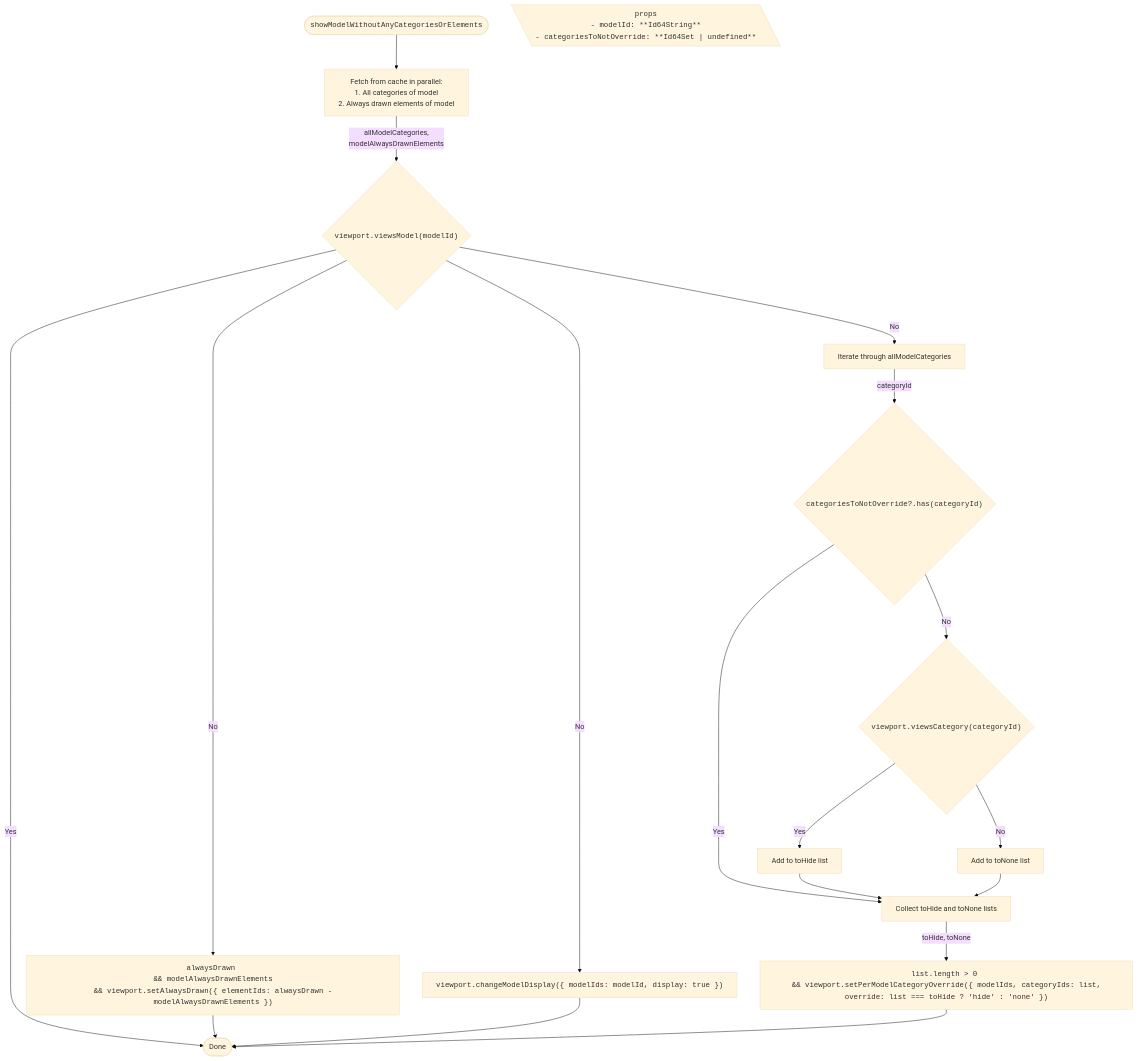
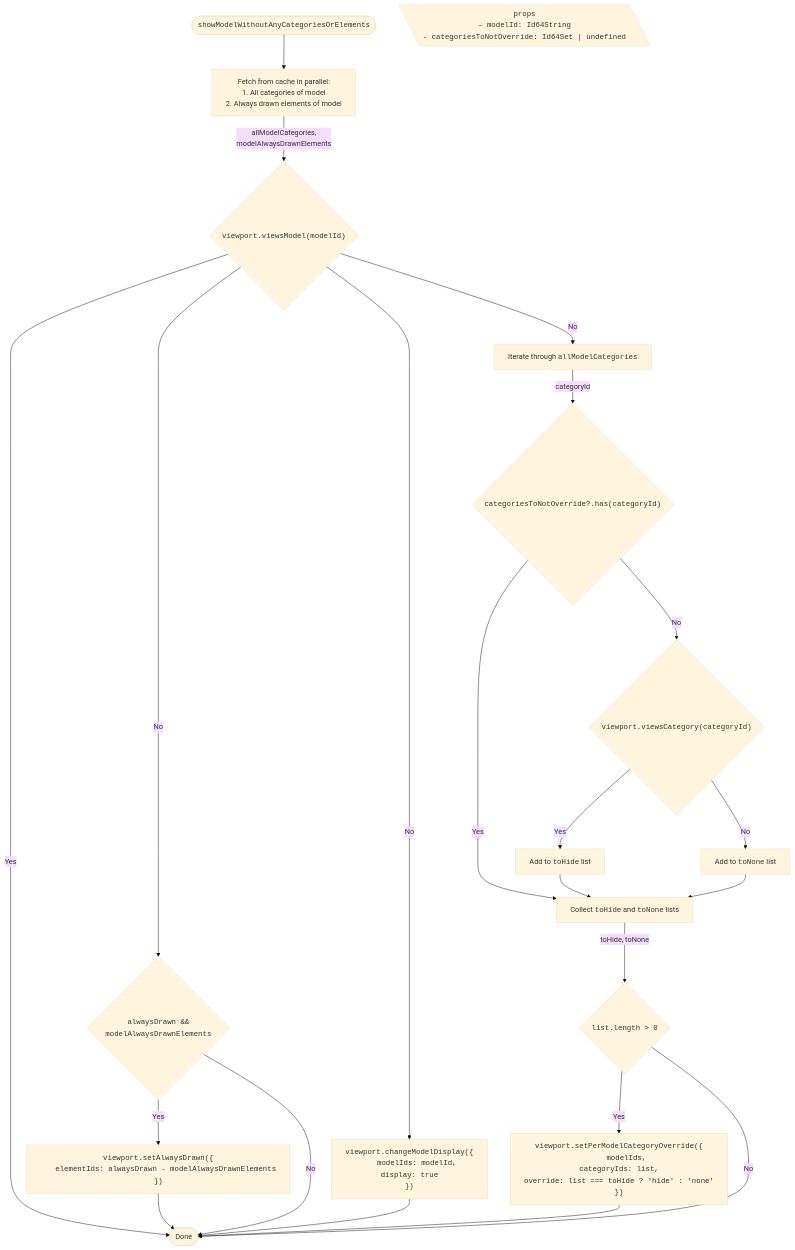
Before and after one commit to iTwin/viewer-components-react: diagram 12 of 14 in packages/itwin/tree-widget/docs/SharedVisibilityHandling.md, drawn with Mermaid (base theme). The commit also changed other lines of this file and 4 other files, not shown here.

````diff
--- a/packages/itwin/tree-widget/docs/SharedVisibilityHandling.md
+++ b/packages/itwin/tree-widget/docs/SharedVisibilityHandling.md
@@ -696,45 +775,58 @@
 ```mermaid
 ---
 config:
   flowchart:
     wrappingWidth: 750
     useMaxWidth: false
 ---
 
 flowchart TD
   RESULT_Done([Done])
 
   %% Start
   TITLE(["<code>showModelWithoutAnyCategoriesOrElements</code>"]) --> A["Fetch from cache in parallel:<br/>1. All categories of model<br/>2. Always drawn elements of model"]
 
   PROPS[\"
     <code>props</code>
-    <code style='text-align: left;'>- modelId: **Id64String**<br/> - categoriesToNotOverride: **Id64Set | undefined**</code>
+    <code style='text-align: left;'>- modelId: Id64String<br/> - categoriesToNotOverride: Id64Set | undefined</code>
   "\]
 
   A -- "allModelCategories,<br/>modelAlwaysDrawnElements" --> B{"<code>viewport.viewsModel(modelId)</code>"}
 
   %% Early return
   B -- Yes --> RESULT_Done
 
   %% Main flow
-  B -- No --> C["<code>alwaysDrawn <br/> && modelAlwaysDrawnElements <br/> && viewport.setAlwaysDrawn({ elementIds: alwaysDrawn - modelAlwaysDrawnElements })</code>"]
-  B -- No -->  D["<code>viewport.changeModelDisplay({ modelIds: modelId, display: true })</code>"]
+  B -- No --> C{"<code>alwaysDrawn &&  <br/> modelAlwaysDrawnElements </code>"}
+  C -- Yes --> C1["<code style='text-align: left;'>viewport.setAlwaysDrawn({
+    <code style='padding-left: 2rem'>elementIds: alwaysDrawn - modelAlwaysDrawnElements</code>
+  })</code>"]
+  C -- No --> RESULT_Done
+  B -- No -->  D["<code style='text-align: left;'>viewport.changeModelDisplay({
+    <code style='padding-left: 2rem'>modelIds: modelId,
+    display: true</code>
+  })</code>"]
 
-  B -- No --> E["Iterate through allModelCategories"]
+  B -- No --> E["Iterate through <code>allModelCategories</code>"]
   E -- categoryId --> G{"<code>categoriesToNotOverride?.has(categoryId)</code>"}
 
-  G -- Yes --> K["Collect toHide and toNone lists"]
+  G -- Yes --> K["Collect <code>toHide</code> and <code>toNone</code> lists"]
   G -- No --> H{"<code>viewport.viewsCategory(categoryId)</code>"}
 
-  H -- Yes --> I1["Add to toHide list"]
-  H -- No --> I2["Add to toNone list"]
+  H -- Yes --> I1["Add to <code>toHide</code> list"]
+  H -- No --> I2["Add to <code>toNone</code> list"]
 
   I1 --> K
   I2 --> K
-  K -- toHide, toNone --> J["<code>list.length > 0 <br/> && viewport.setPerModelCategoryOverride({ modelIds, categoryIds: list, override: list === toHide ? 'hide' : 'none' })</code>"]
+  K -- toHide, toNone --> J{"<code>list.length > 0 </code>"}
+  J -- Yes --> J1["<code style='text-align: left;'>viewport.setPerModelCategoryOverride({
+  <code style='padding-left: 2rem'>modelIds,
+  categoryIds: list,
+  override: list === toHide ? 'hide' : 'none'</code>
+  })</code>"]
+  J -- No --> RESULT_Done
 
-  C --> RESULT_Done
+  C1 --> RESULT_Done
   D --> RESULT_Done
-  J --> RESULT_Done
+  J1 --> RESULT_Done
 ```
````
